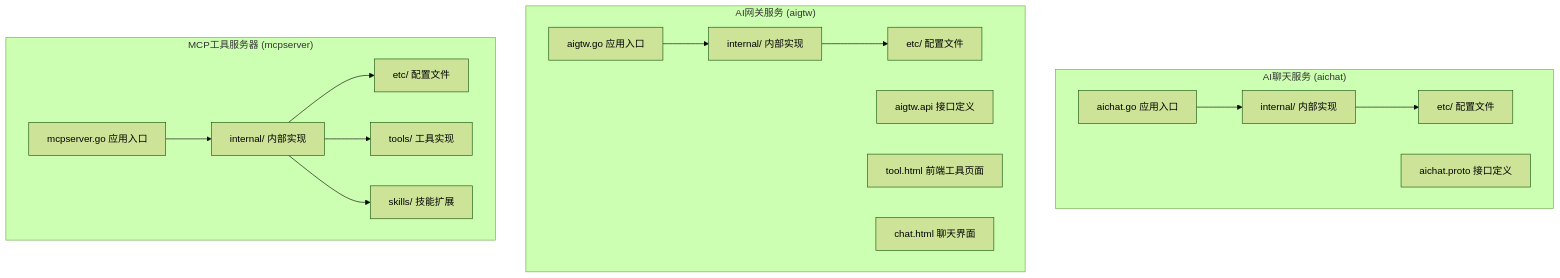
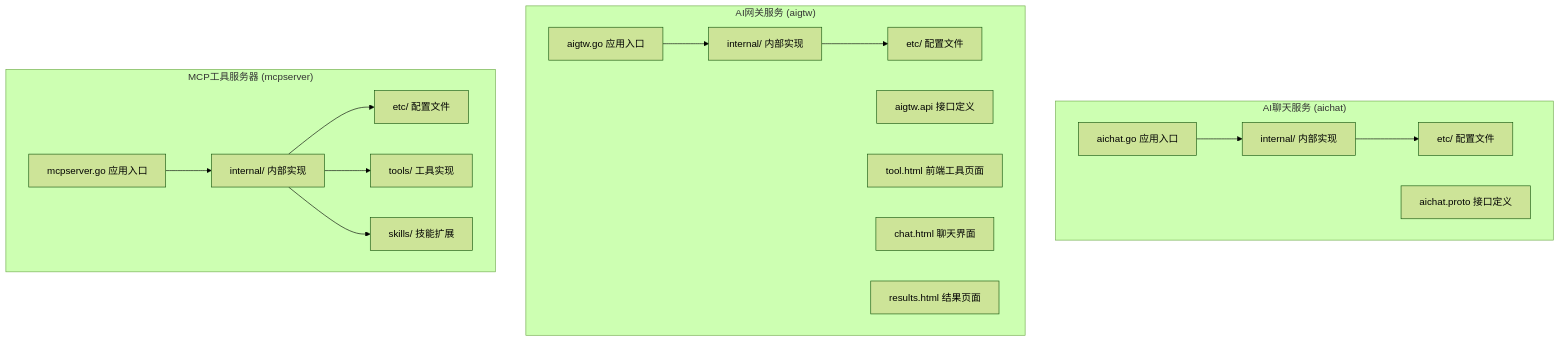
The first of 30 diagrams in .qoder/repowiki/zh/content/AI聊天服务迁移指南.md (maomao94/zero-service), drawn with Mermaid (forest theme) before and after one commit. The commit also changed other lines of this file and 59 other files, not shown here.

````diff
--- a/.qoder/repowiki/zh/content/AI聊天服务迁移指南.md
+++ b/.qoder/repowiki/zh/content/AI聊天服务迁移指南.md
@@ -82,32 +83,33 @@
 ```mermaid
 graph TB
 subgraph "AI聊天服务 (aichat)"
 A[aichat.go 应用入口]
 B[internal/ 内部实现]
 C[etc/ 配置文件]
 D[aichat.proto 接口定义]
 end
 subgraph "AI网关服务 (aigtw)"
 E[aigtw.go 应用入口]
 F[internal/ 内部实现]
 G[etc/ 配置文件]
 H[aigtw.api 接口定义]
 I[tool.html 前端工具页面]
 J[chat.html 聊天界面]
+K[results.html 结果页面]
 end
 subgraph "MCP工具服务器 (mcpserver)"
-K[mcpserver.go 应用入口]
-L[internal/ 内部实现]
-M[etc/ 配置文件]
-N[tools/ 工具实现]
-O[skills/ 技能扩展]
+L[mcpserver.go 应用入口]
+M[internal/ 内部实现]
+N[etc/ 配置文件]
+O[tools/ 工具实现]
+P[skills/ 技能扩展]
 end
 A --> B
 E --> F
-K --> L
+L --> M
 B --> C
 F --> G
-L --> M
-L --> N
-L --> O
+M --> N
+M --> O
+M --> P
 ```
````
